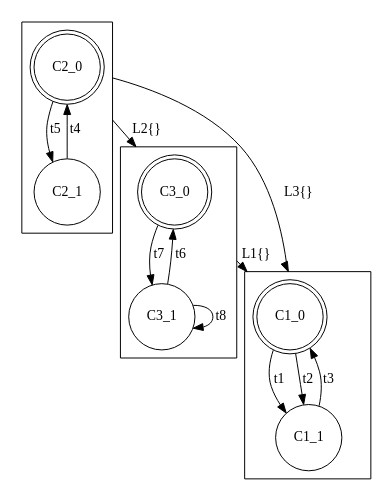
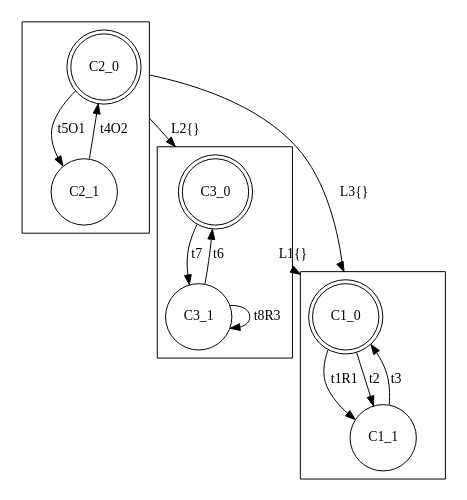
The diagram in i.dot (Stefano-BS/Explanatory-Diagnosis), drawn with Graphviz before and after one commit. The commit also changed 17 other files, not shown here.

```diff
--- a/i.dot
+++ b/i.dot
@@ -1,24 +1,24 @@
 digraph i {
 size="8,5"
 compound=true
 subgraph cluster1 {node [shape=doublecircle]; C1_0;
 node [shape=circle];
-C1_0 -> C1_1 [label="t1"];
+C1_0 -> C1_1 [label="t1R1"];
 C1_0 -> C1_1 [label="t2"];
 C1_1 -> C1_0 [label="t3"];
 }
 subgraph cluster2 {node [shape=doublecircle]; C2_0;
 node [shape=circle];
-C2_1 -> C2_0 [label="t4"];
-C2_0 -> C2_1 [label="t5"];
+C2_1 -> C2_0 [label="t4O2"];
+C2_0 -> C2_1 [label="t5O1"];
 }
 subgraph cluster3 {node [shape=doublecircle]; C3_0;
 node [shape=circle];
 C3_1 -> C3_0 [label="t6"];
 C3_0 -> C3_1 [label="t7"];
-C3_1 -> C3_1 [label="t8"];
+C3_1 -> C3_1 [label="t8R3"];
 }
 C3_0 -> C1_0 [ltail=cluster3 lhead=cluster1 label="L1{}"];
 C2_0 -> C3_0 [ltail=cluster2 lhead=cluster3 label="L2{}"];
 C2_0 -> C1_0 [ltail=cluster2 lhead=cluster1 label="L3{}"];
 }
```
